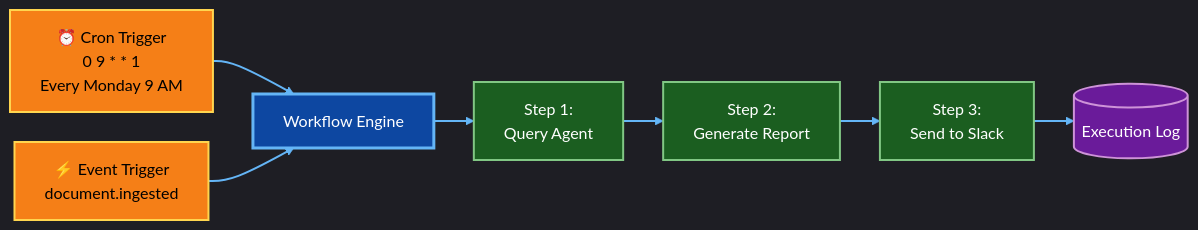
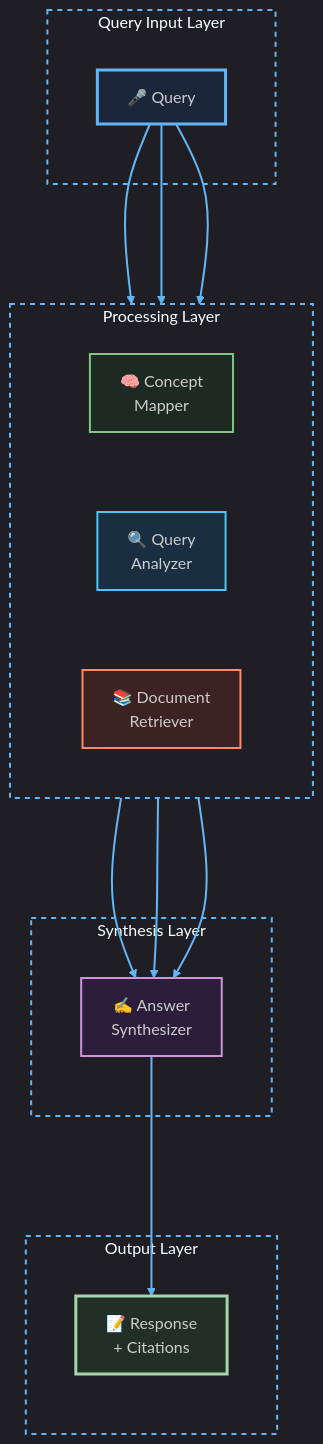
Before and after one commit to veics/rage_pitch: diagram 15 of 24 in docs/ARCHITECTURE.md, drawn with Mermaid. The commit also changed other lines of this file and 8 other files, not shown here.

````diff
--- a/docs/ARCHITECTURE.md
+++ b/docs/ARCHITECTURE.md
@@ -943,27 +835,49 @@
 ```mermaid
-%%{init: {'theme':'dark', 'flowchart': {'nodeSpacing': 30, 'rankSpacing': 40, 'curve': 'basis'}}}%%
-flowchart LR
-    CRON[⏰ Cron Trigger<br/>0 9 * * 1<br/>Every Monday 9 AM]
-    EVENT[⚡ Event Trigger<br/>document.ingested]
+%%{init: {'theme':'dark', 'flowchart': {'nodeSpacing': 80, 'rankSpacing': 120, 'curve': 'basis'}, 'themeVariables': {'labelBackground':'rgba(38, 50, 56, 0.1)'}}}%%
+graph TB
+    %% Title: Agent Neural Network (3D-like visualization)
     
-    WF[Workflow Engine]
+    subgraph Box1["Query Input Layer"]
+        Q["🎤 Query"]
+    end
     
-    CRON --> WF
-    EVENT --> WF
+    subgraph Box2["Processing Layer"]
+        direction LR
+        CM["🧠 Concept<br/>Mapper"]
+        QA["🔍 Query<br/>Analyzer"]
+        DR["📚 Document<br/>Retriever"]
+    end
     
-    WF --> S1[Step 1:<br/>Query Agent]
-    S1 --> S2[Step 2:<br/>Generate Report]
-    S2 --> S3[Step 3:<br/>Send to Slack]
+    subgraph Box3["Synthesis Layer"]
+        AS["✍️ Answer<br/>Synthesizer"]
+    end
     
-    S3 --> LOG[(Execution Log)]
+    subgraph Box4["Output Layer"]
+        OUT["📝 Response<br/>+ Citations"]
+    end
     
-    style CRON fill:#f57f17,stroke:#ffd54f,stroke-width:2px,color:#000
-    style EVENT fill:#f57f17,stroke:#ffd54f,stroke-width:2px,color:#000
-    style WF fill:#0d47a1,stroke:#64b5f6,stroke-width:3px,color:#fff
-    style S1 fill:#1b5e20,stroke:#81c784,stroke-width:2px,color:#fff
-    style S2 fill:#1b5e20,stroke:#81c784,stroke-width:2px,color:#fff
-    style S3 fill:#1b5e20,stroke:#81c784,stroke-width:2px,color:#fff
-    style LOG fill:#6a1b9a,stroke:#ce93d8,stroke-width:2px,color:#fff
+    Q --> CM
+    Q --> QA
+    Q --> DR
     
+    CM --> AS
+    QA --> AS
+    DR --> AS
+    
+    AS --> OUT
+    
+    %% Styling
+    classDef titleStyle fill:#263238,fill-opacity:0.3,stroke:#64b5f6,stroke-width:2px,font-weight:bold,font-size:16px;
+    classDef boxStyle fill:none,stroke:#64b5f6,stroke-width:2px,stroke-dasharray:5 5;
+
+    class Box1,Box2,Box3,Box4 boxStyle;
+
+    style Q fill:#0d47a1,fill-opacity:0.18,stroke:#64b5f6,stroke-width:3px
+    style CM fill:#1b5e20,fill-opacity:0.18,stroke:#81c784,stroke-width:2px
+    style QA fill:#0277bd,fill-opacity:0.18,stroke:#4fc3f7,stroke-width:2px
+    style DR fill:#bf360c,fill-opacity:0.18,stroke:#ff8a65,stroke-width:2px
+    style AS fill:#6a1b9a,fill-opacity:0.18,stroke:#ce93d8,stroke-width:2px
+    style OUT fill:#2e7d32,fill-opacity:0.18,stroke:#a5d6a7,stroke-width:3px
+
     linkStyle default stroke:#64b5f6,stroke-width:2px;
 ```
````
